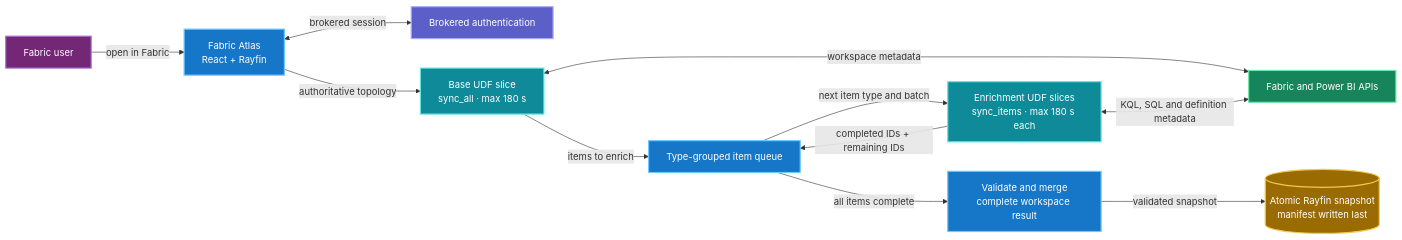
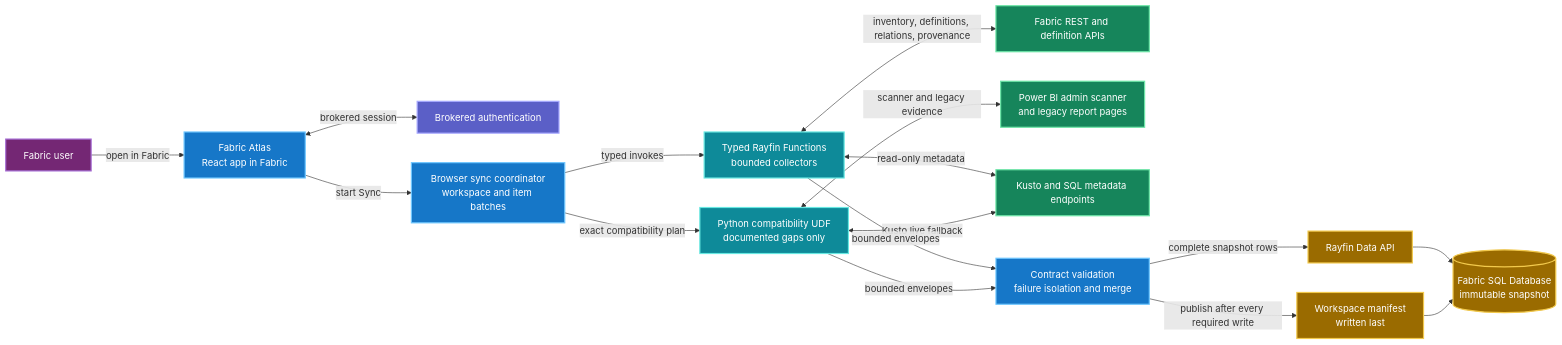
One commit to fredgis/FabricAtlas changed the diagram in README.md. Above: the diagram before and after it, drawn with Mermaid. The commit also changed other lines of this file and 73 other files, not shown here.

First line of the commit message:
Release Fabric Atlas 2.0.0

````diff
--- a/README.md
+++ b/README.md
@@ -353,37 +445,46 @@
 ```mermaid
 flowchart LR
   U["Fabric user"]
-  APP["Fabric Atlas<br/>React + Rayfin"]
+  APP["Fabric Atlas<br/>React app in Fabric"]
   AUTH["Brokered authentication"]
-  BASE["Base UDF slice<br/>sync_all · max 180 s"]
-  PLAN["Type-grouped item queue"]
-  ITEMS["Enrichment UDF slices<br/>sync_items · max 180 s each"]
-  MERGE["Validate and merge<br/>complete workspace result"]
-  API["Fabric and Power BI APIs"]
-  DB[("Atomic Rayfin snapshot<br/>manifest written last")]
+  PLAN["Browser sync coordinator<br/>workspace and item batches"]
+  FN["Typed Rayfin Functions<br/>bounded collectors"]
+  PY["Python compatibility UDF<br/>documented gaps only"]
+  FABRIC["Fabric REST and definition APIs"]
+  PBI["Power BI admin scanner<br/>and legacy report pages"]
+  DATA["Kusto and SQL metadata endpoints"]
+  VALIDATE["Contract validation<br/>failure isolation and merge"]
+  API["Rayfin Data API"]
+  DB[("Fabric SQL Database<br/>immutable snapshot")]
+  MANIFEST["Workspace manifest<br/>written last"]
 
   U -->|"open in Fabric"| APP
   APP <-->|"brokered session"| AUTH
-  APP -->|"authoritative topology"| BASE
-  BASE <-->|"workspace metadata"| API
-  BASE -->|"items to enrich"| PLAN
-  PLAN -->|"next item type and batch"| ITEMS
-  ITEMS <-->|"KQL, SQL and definition metadata"| API
-  ITEMS -->|"completed IDs + remaining IDs"| PLAN
-  PLAN -->|"all items complete"| MERGE
-  MERGE -->|"validated snapshot"| DB
+  APP -->|"start Sync"| PLAN
+  PLAN -->|"typed invokes"| FN
+  PLAN -->|"exact compatibility plan"| PY
+  FN <-->|"inventory, definitions, relations, provenance"| FABRIC
+  FN <-->|"read-only metadata"| DATA
+  PY <-->|"scanner and legacy evidence"| PBI
+  PY <-->|"Kusto live fallback"| DATA
+  FN -->|"bounded envelopes"| VALIDATE
+  PY -->|"bounded envelopes"| VALIDATE
+  VALIDATE -->|"complete snapshot rows"| API
+  API --> DB
+  VALIDATE -->|"publish after every required write"| MANIFEST
+  MANIFEST --> DB
 
   classDef user fill:#742774,stroke:#a66dd4,color:#ffffff,stroke-width:2px;
   classDef app fill:#1677c8,stroke:#6fc7ff,color:#ffffff,stroke-width:2px;
   classDef auth fill:#5b5fc7,stroke:#a7a9ff,color:#ffffff,stroke-width:2px;
-  classDef udf fill:#0e8a99,stroke:#67e8e2,color:#ffffff,stroke-width:2px;
-  classDef api fill:#16855b,stroke:#6ee7a8,color:#ffffff,stroke-width:2px;
+  classDef collector fill:#0e8a99,stroke:#67e8e2,color:#ffffff,stroke-width:2px;
+  classDef source fill:#16855b,stroke:#6ee7a8,color:#ffffff,stroke-width:2px;
   classDef database fill:#9a6b00,stroke:#f2c94c,color:#ffffff,stroke-width:2px;
 
   class U user;
-  class APP,PLAN,MERGE app;
+  class APP,PLAN,VALIDATE app;
   class AUTH auth;
-  class BASE,ITEMS udf;
-  class API api;
-  class DB database;
+  class FN,PY collector;
+  class FABRIC,PBI,DATA source;
+  class API,DB,MANIFEST database;
 ```
````
